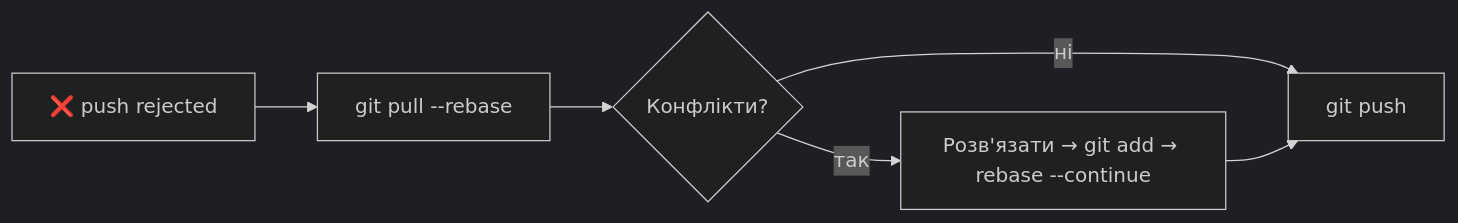
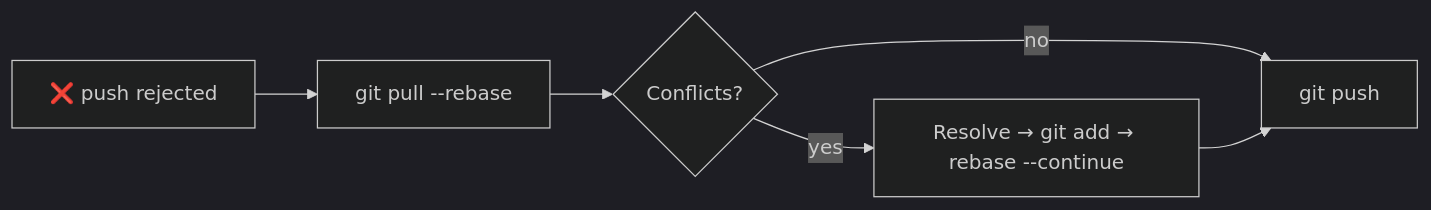
One commit to andriyevski/python-learning-portfolio changed diagram 14 of 14 in git_commands.md. Above: the diagram before and after it, drawn with Mermaid (dark theme). The commit also changed other lines of this file and 3 other files, not shown here.

````diff
--- a/git_commands.md
+++ b/git_commands.md
@@ -664,8 +664,8 @@
 ```mermaid
 graph LR
     A["❌ push rejected"] --> B["git pull --rebase"]
-    B --> C{"Конфлікти?"}
-    C -->|"так"| D["Розв'язати → git add → rebase --continue"]
-    C -->|"ні"| E["git push"]
+    B --> C{"Conflicts?"}
+    C -->|"yes"| D["Resolve → git add → rebase --continue"]
+    C -->|"no"| E["git push"]
     D --> E
 ```
````
